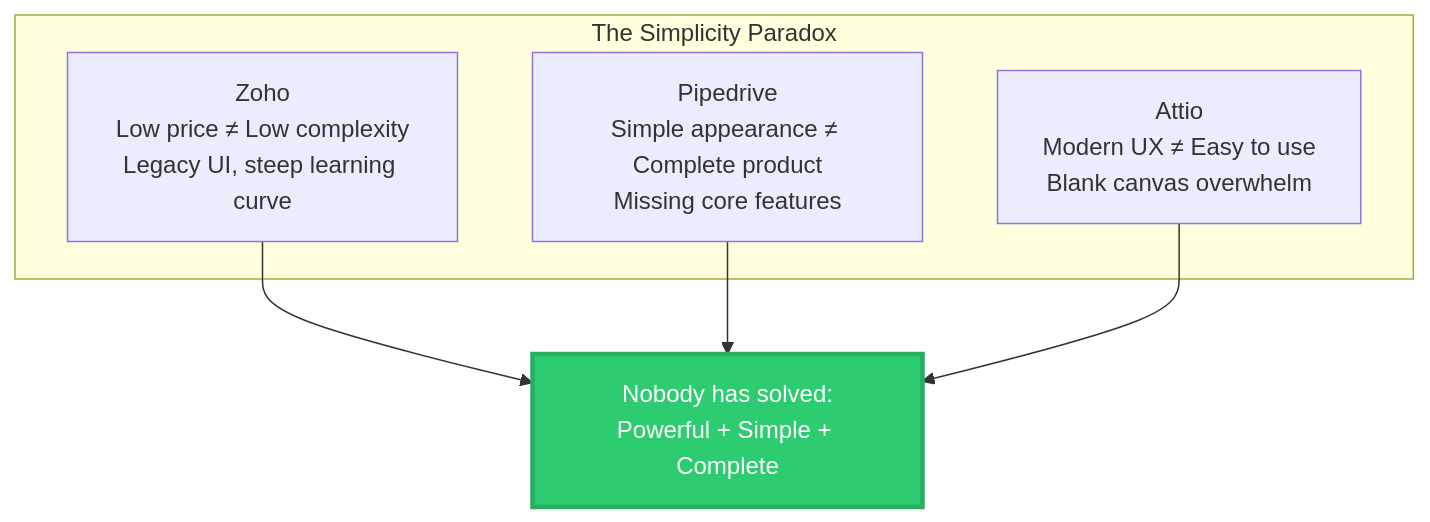
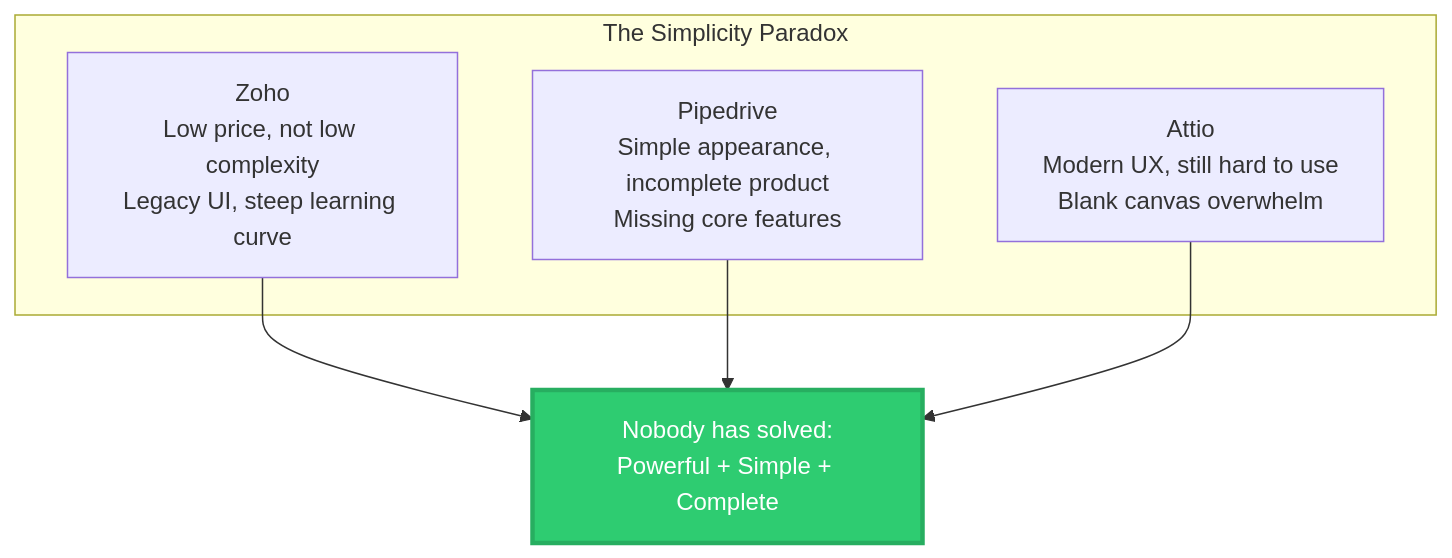
One commit to ebarronh/buildathon-mar-26 changed the third of 4 diagrams in _posts/2026-02-28-crm-landscape-debate.md. Above: the diagram before and after it, drawn with Mermaid. The commit also changed other lines of this file, not shown here.

First line of the commit message:
fixes mermaid diagrams in CRM debate article

````diff
--- a/_posts/2026-02-28-crm-landscape-debate.md
+++ b/_posts/2026-02-28-crm-landscape-debate.md
@@ -140,12 +140,12 @@
 ```mermaid
 graph TD
-    subgraph "The Simplicity Paradox"
-    A["Zoho\nLow price ≠ Low complexity\nLegacy UI, steep learning curve"]
-    B["Pipedrive\nSimple appearance ≠ Complete product\nMissing core features"]
-    C["Attio\nModern UX ≠ Easy to use\nBlank canvas overwhelm"]
+    subgraph Paradox["The Simplicity Paradox"]
+        A["Zoho<br/>Low price, not low complexity<br/>Legacy UI, steep learning curve"]
+        B["Pipedrive<br/>Simple appearance, incomplete product<br/>Missing core features"]
+        C["Attio<br/>Modern UX, still hard to use<br/>Blank canvas overwhelm"]
     end
-    A --> D["Nobody has solved:\nPowerful + Simple + Complete"]
+    A --> D["Nobody has solved:<br/>Powerful + Simple + Complete"]
     B --> D
     C --> D
     style D fill:#2ecc71,stroke:#27ae60,stroke-width:3px,color:#fff
 ```
````
